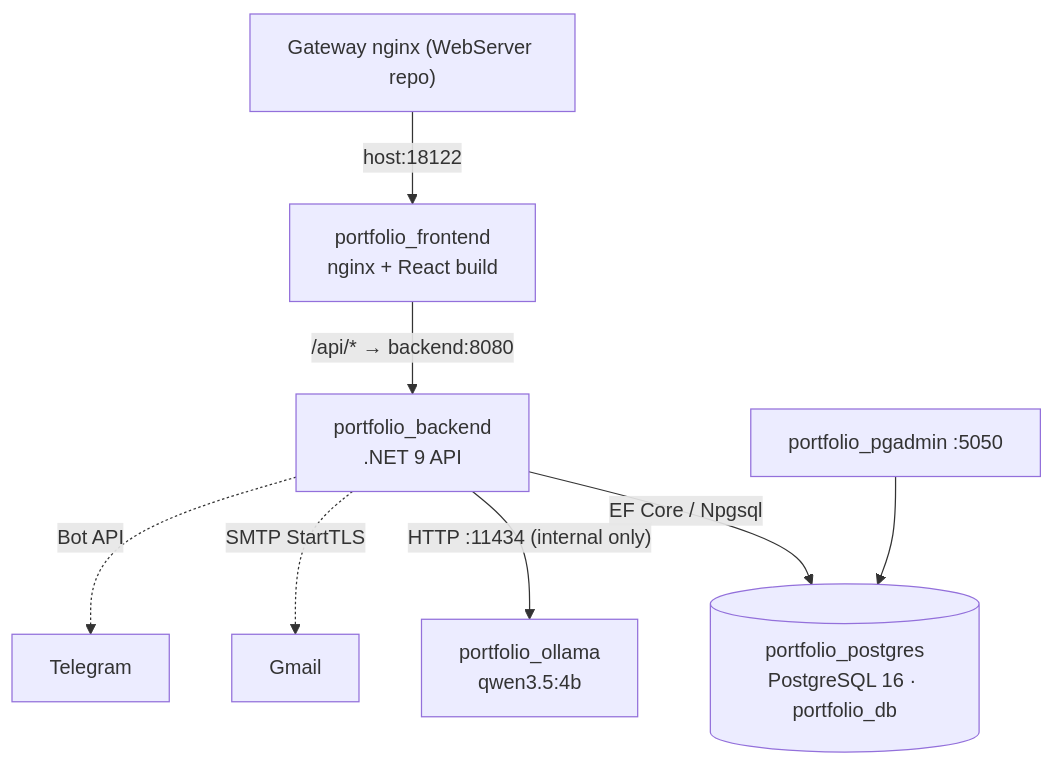
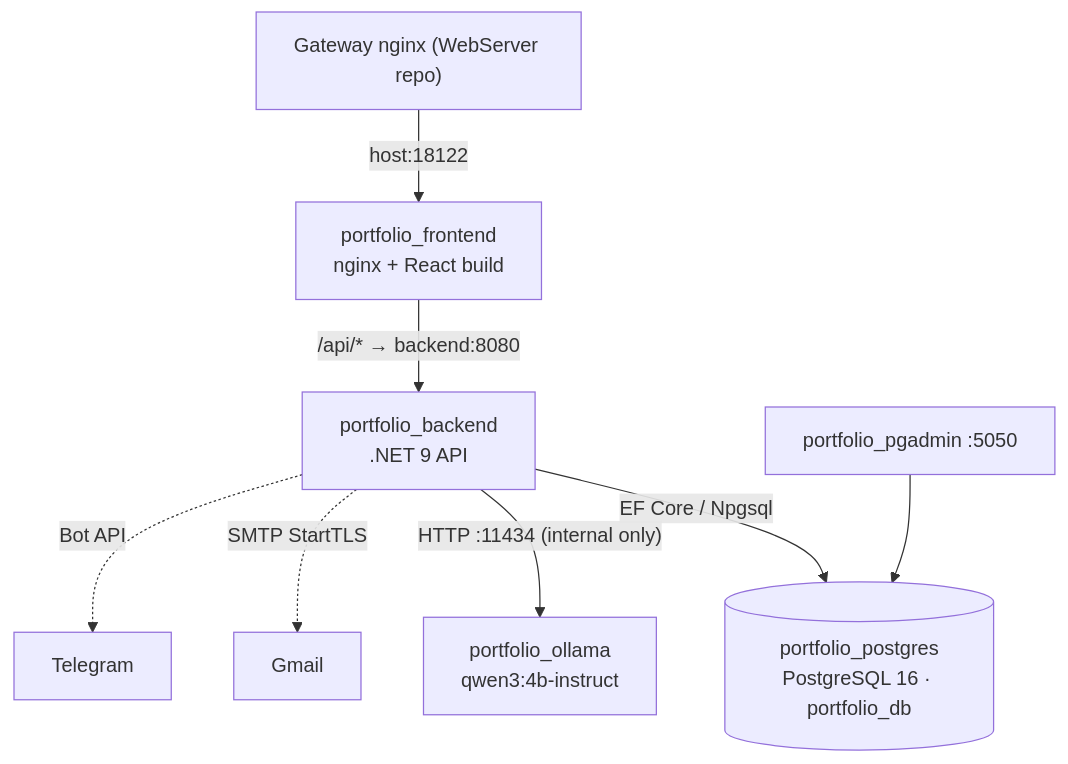
Before and after one commit to VyKhoi/Portfolio: the diagram in docs/ARCHITECTURE.md, drawn with Mermaid. The commit also changed other lines of this file and 24 other files, not shown here.

First line of the commit message:
feat: switch Sigma Cat to qwen3:4b-instruct with fuller generated replies

````diff
--- a/docs/ARCHITECTURE.md
+++ b/docs/ARCHITECTURE.md
@@ -17,10 +17,10 @@
 ```mermaid
 graph TD
     GW["Gateway nginx (WebServer repo)"] -->|host:18122| FE["portfolio_frontend<br/>nginx + React build"]
     FE -->|"/api/* → backend:8080"| BE["portfolio_backend<br/>.NET 9 API"]
     BE -->|EF Core / Npgsql| PG[("portfolio_postgres<br/>PostgreSQL 16 · portfolio_db")]
-    BE -->|"HTTP :11434 (internal only)"| OL["portfolio_ollama<br/>qwen3.5:4b"]
+    BE -->|"HTTP :11434 (internal only)"| OL["portfolio_ollama<br/>qwen3:4b-instruct"]
     BE -.->|SMTP StartTLS| GM[Gmail]
     BE -.->|Bot API| TG[Telegram]
     PGA["portfolio_pgadmin :5050"] --> PG
 ```
````
